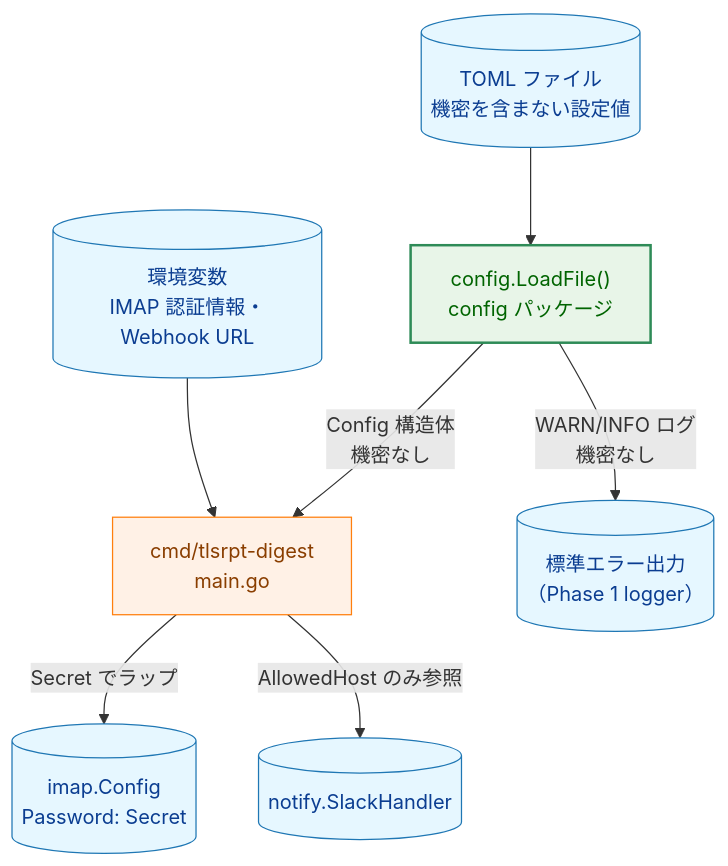
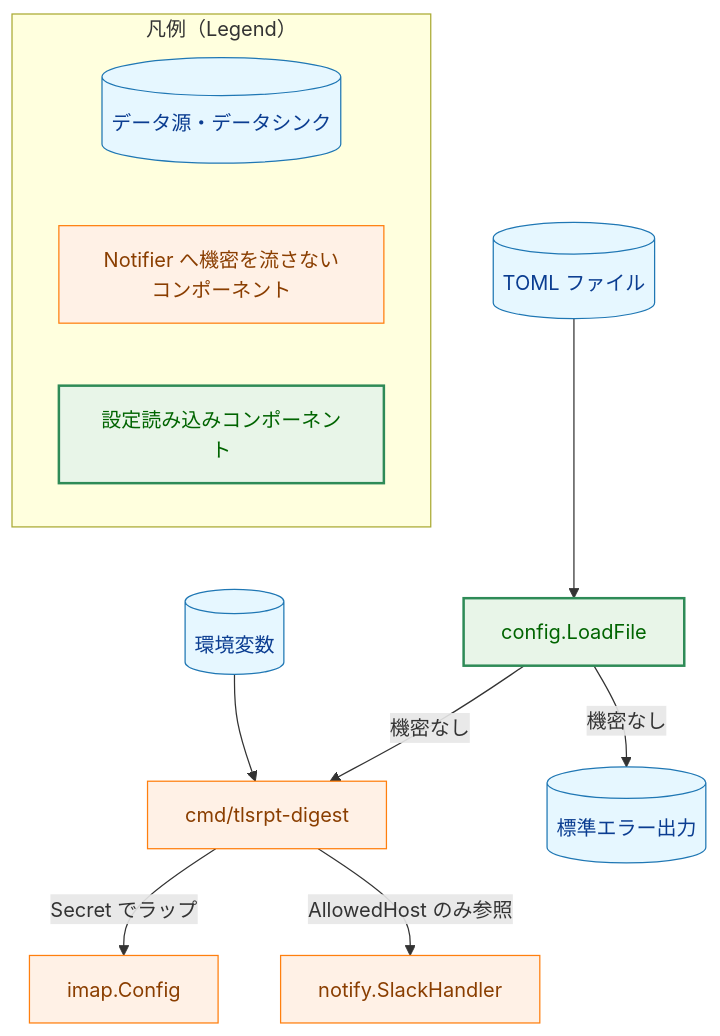
The fifth of 6 diagrams in docs/tasks/0060_config/02_architecture.md (isseis/tlsrpt-digest), drawn with Mermaid before and after one commit. The commit also changed other lines of this file, not shown here.

First line of the commit message:
docs(task 0060): incorporate review revisions for config architecture

````diff
--- a/docs/tasks/0060_config/02_architecture.md
+++ b/docs/tasks/0060_config/02_architecture.md
@@ -349,17 +375,23 @@
 ```mermaid
 flowchart TD
     classDef data fill:#e6f7ff,stroke:#1f77b4,stroke-width:1px,color:#0b3d91;
     classDef process fill:#fff1e6,stroke:#ff7f0e,stroke-width:1px,color:#8a3e00;
     classDef enhanced fill:#e8f5e8,stroke:#2e8b57,stroke-width:2px,color:#006400;
 
-    TOML[("TOML ファイル<br>機密を含まない設定値")] --> Load["config.LoadFile()<br>config パッケージ"]
-    Env[("環境変数<br>IMAP 認証情報・Webhook URL")] --> Main["cmd/tlsrpt-digest<br>main.go"]
-    Load -->|"Config 構造体<br>機密なし"| Main
-    Main -->|"Secret でラップ"| Imap[("imap.Config<br>Password: Secret")]
-    Main -->|"AllowedHost のみ参照"| Notify[("notify.SlackHandler")]
-    Load -->|"WARN/INFO ログ<br>機密なし"| StdErr[("標準エラー出力<br>（Phase 1 logger）")]
+    TOML[("TOML ファイル")] --> Load["config.LoadFile"]
+    Env[("環境変数")] --> Main["cmd/tlsrpt-digest"]
+    Load -->|"機密なし"| Main
+    Main -->|"Secret でラップ"| Imap["imap.Config"]
+    Main -->|"AllowedHost のみ参照"| Notify["notify.SlackHandler"]
+    Load -->|"機密なし"| StdErr[("標準エラー出力")]
 
-    class TOML,Env,Imap,Notify,StdErr data
-    class Load enhanced
-    class Main process
+    subgraph Legend["凡例（Legend）"]
+        LData[("データ源・データシンク")]
+        LProcess["Notifier へ機密を流さないコンポーネント"]
+        LEnhanced["設定読み込みコンポーネント"]
+    end
+
+    class TOML,Env,StdErr,LData data
+    class Load,LEnhanced enhanced
+    class Main,Imap,Notify,LProcess process
 ```
````
